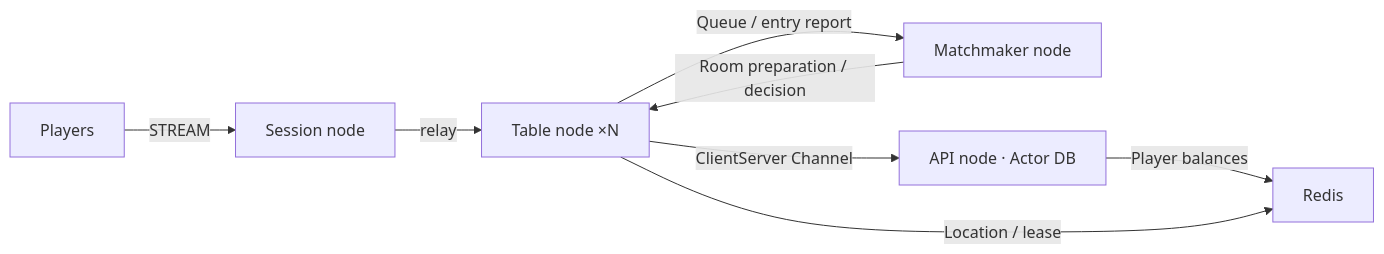
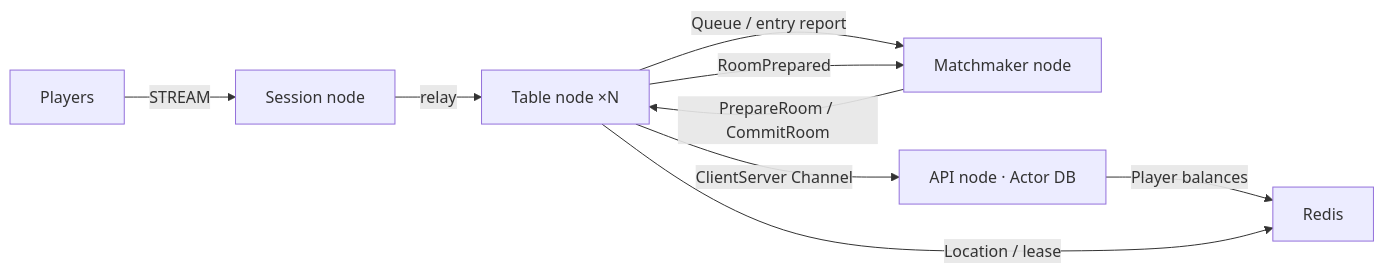
The diagram in framework/languages/java/templates/kotlin/board-tables/my-game/README.ko.md (zlink-systems/zlink), drawn with Mermaid before and after one commit. The commit also changed other lines of this file and 12 other files, not shown here.

First line of the commit message:
refactor(templates): board-tables Pool은 PrepareRoom을 보내고 turn을 끝내며, RoomProvisioner가 Table을 만들고 결과는 RoomPrepared 메시지로 돌아오게 통일

````diff
--- a/framework/languages/java/templates/kotlin/board-tables/my-game/README.ko.md
+++ b/framework/languages/java/templates/kotlin/board-tables/my-game/README.ko.md
@@ -7,10 +7,11 @@
 ```mermaid
 flowchart LR
   players[Players] -->|STREAM| session[Session node]
   session -->|relay| table[Table node ×N]
   table -->|Queue / entry report| pool[Matchmaker node]
-  pool -->|Room preparation / decision| table
+  pool -->|PrepareRoom / CommitRoom| table
+  table -->|RoomPrepared| pool
   table -->|ClientServer Channel| api[API node · Actor DB]
   api -->|Player balances| location[Redis]
   table -->|Location / lease| location
 ```
````
